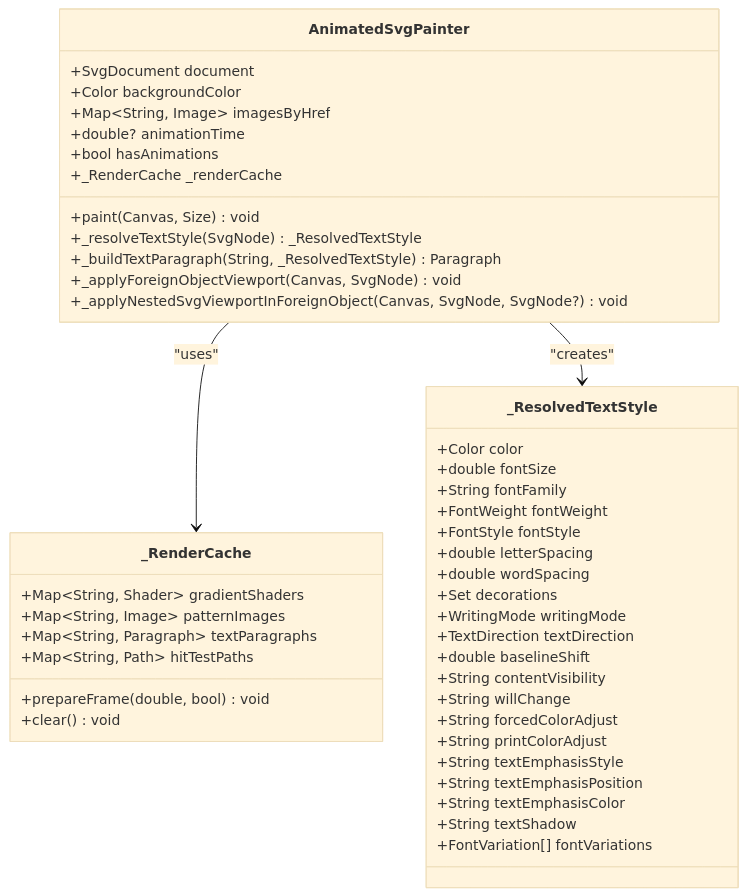
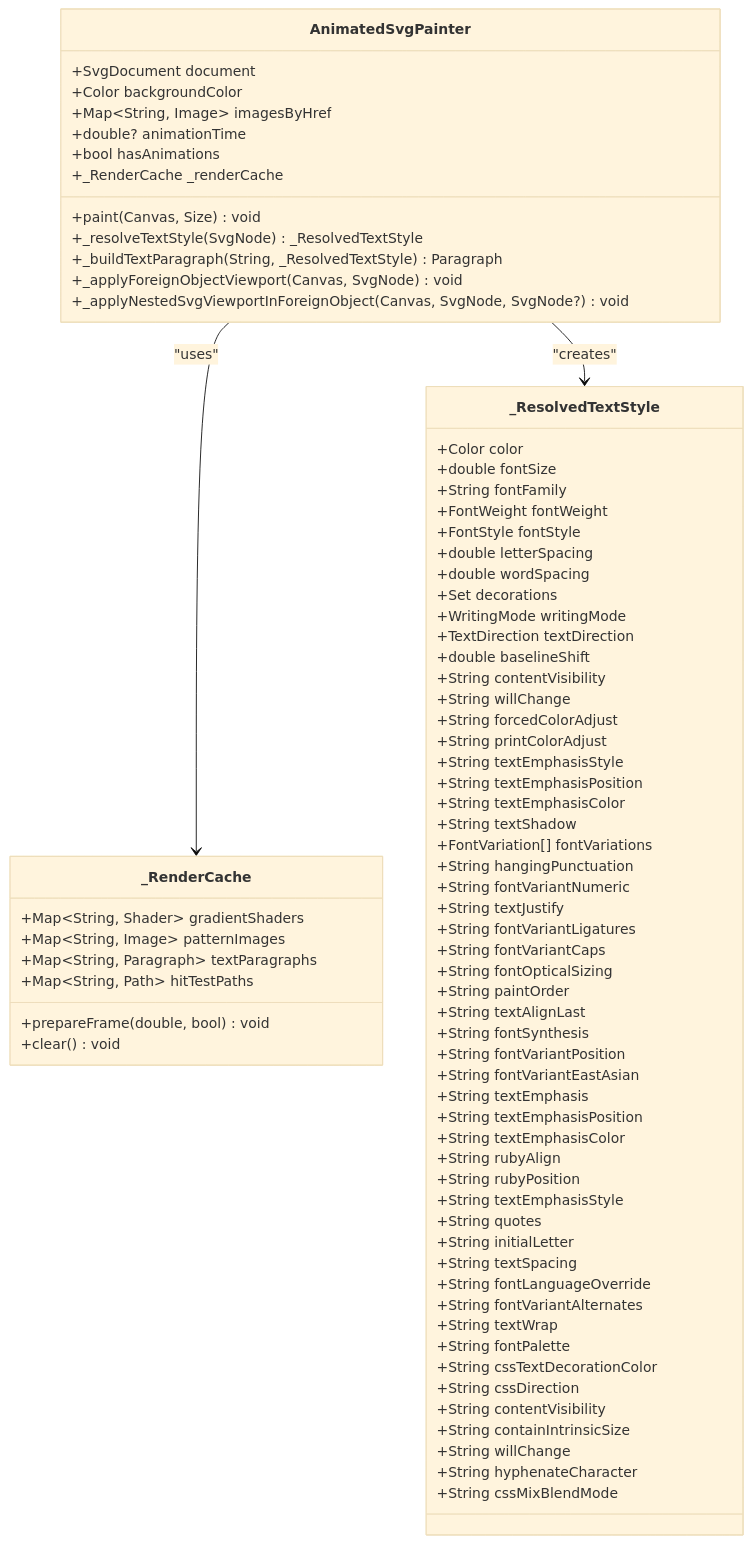
The second of 13 diagrams in .qoder/repowiki/en/content/Animated SVG Support/Advanced Animation Features/Enhanced Text Styling System/Enhanced Text Styling System.md (denisnadey/flutter_full_svg_support), drawn with Mermaid (base theme) before and after one commit. The commit also changed other lines of this file and 10 other files, not shown here.

First line of the commit message:
feat(text-styling): add hanging punctuation, deep nesting baseline, and ligature features

````diff
--- a/.qoder/repowiki/en/content/Animated SVG Support/Advanced Animation Features/Enhanced Text Styling System/Enhanced Text Styling System.md
+++ b/.qoder/repowiki/en/content/Animated SVG Support/Advanced Animation Features/Enhanced Text Styling System/Enhanced Text Styling System.md
@@ -154,48 +172,79 @@
 ```mermaid
 classDiagram
 class AnimatedSvgPainter {
 +SvgDocument document
 +Color backgroundColor
 +Map~String, Image~ imagesByHref
 +double? animationTime
 +bool hasAnimations
 +_RenderCache _renderCache
 +paint(Canvas, Size) void
 +_resolveTextStyle(SvgNode) _ResolvedTextStyle
 +_buildTextParagraph(String, _ResolvedTextStyle) Paragraph
 +_applyForeignObjectViewport(Canvas, SvgNode) void
 +_applyNestedSvgViewportInForeignObject(Canvas, SvgNode, SvgNode?) void
 }
 class _RenderCache {
 +Map~String, Shader~ gradientShaders
 +Map~String, Image~ patternImages
 +Map~String, Paragraph~ textParagraphs
 +Map~String, Path~ hitTestPaths
 +prepareFrame(double, bool) void
 +clear() void
 }
 class _ResolvedTextStyle {
 +Color color
 +double fontSize
 +String fontFamily
 +FontWeight fontWeight
 +FontStyle fontStyle
 +double letterSpacing
 +double wordSpacing
 +Set decorations
 +WritingMode writingMode
 +TextDirection textDirection
 +double baselineShift
 +String contentVisibility
 +String willChange
 +String forcedColorAdjust
 +String printColorAdjust
 +String textEmphasisStyle
 +String textEmphasisPosition
 +String textEmphasisColor
 +String textShadow
 +FontVariation[] fontVariations
++String hangingPunctuation
++String fontVariantNumeric
++String textJustify
++String fontVariantLigatures
++String fontVariantCaps
++String fontOpticalSizing
++String paintOrder
++String textAlignLast
++String fontSynthesis
++String fontVariantPosition
++String fontVariantEastAsian
++String textEmphasis
++String textEmphasisPosition
++String textEmphasisColor
++String rubyAlign
++String rubyPosition
++String textEmphasisStyle
++String quotes
++String initialLetter
++String textSpacing
++String fontLanguageOverride
++String fontVariantAlternates
++String textWrap
++String fontPalette
++String cssTextDecorationColor
++String cssDirection
++String contentVisibility
++String containIntrinsicSize
++String willChange
++String hyphenateCharacter
++String cssMixBlendMode
 }
 AnimatedSvgPainter --> _RenderCache : "uses"
 AnimatedSvgPainter --> _ResolvedTextStyle : "creates"
 ```
````
